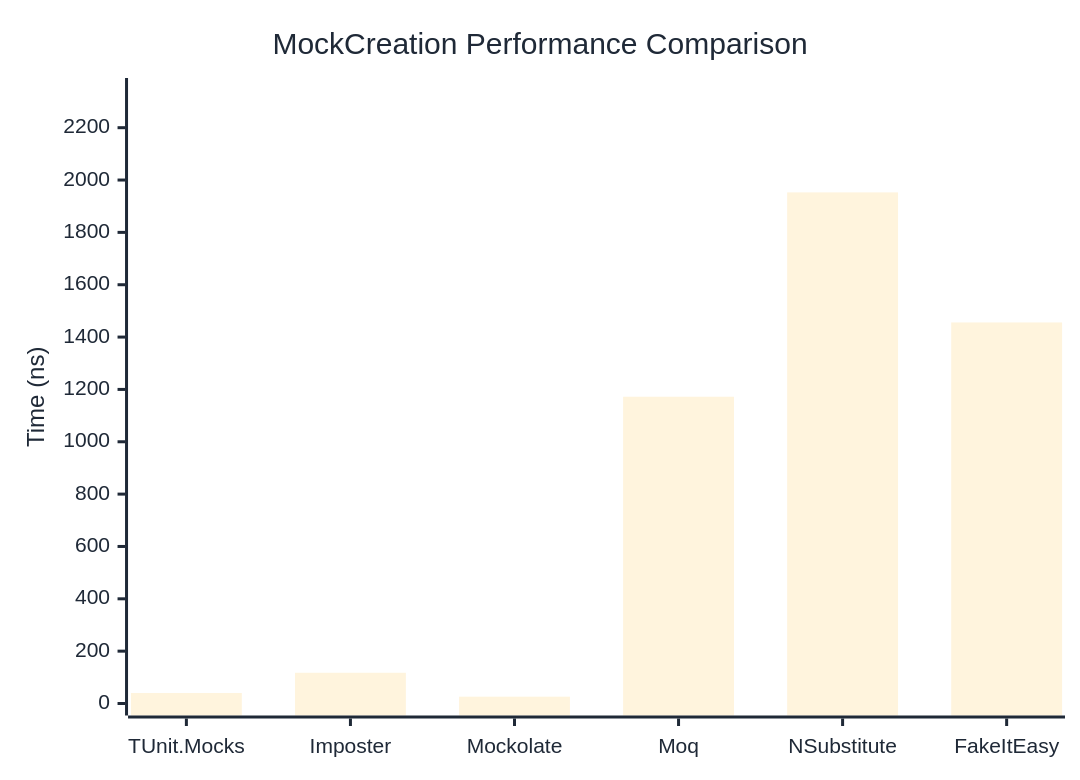
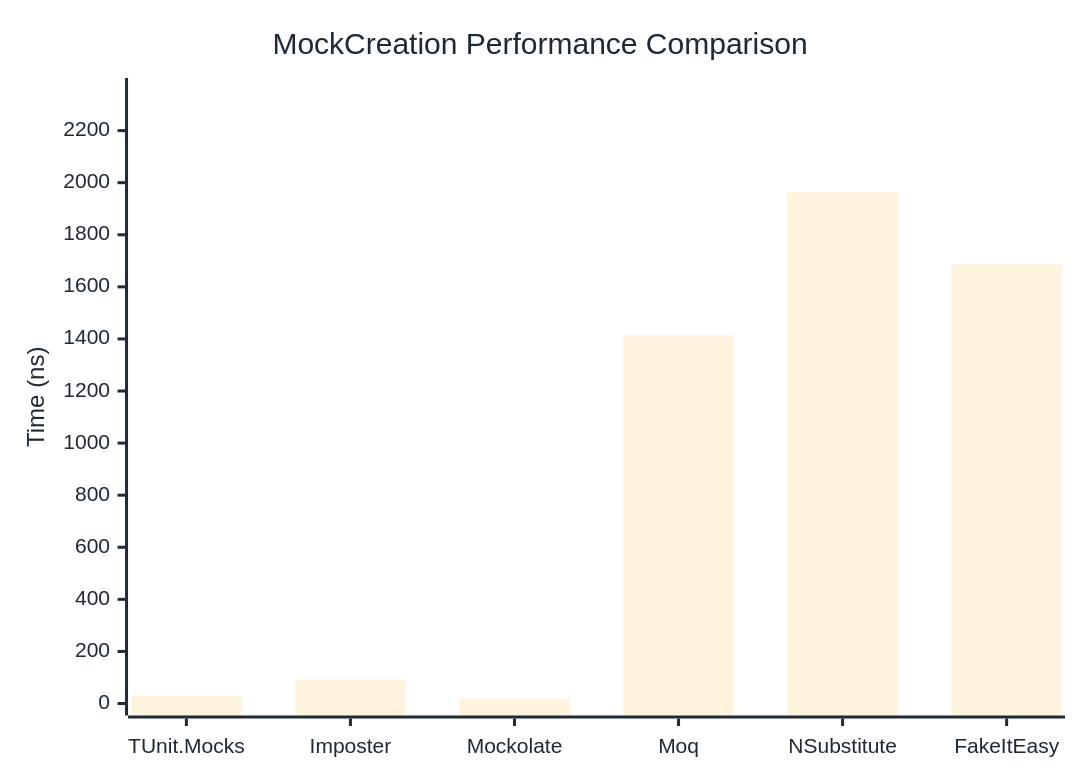
The first of 2 diagrams in docs/docs/benchmarks/mocks/MockCreation.md (thomhurst/TUnit), drawn with Mermaid before and after one commit. The commit also changed other lines of this file and 14 other files, not shown here.

````diff
--- a/docs/docs/benchmarks/mocks/MockCreation.md
+++ b/docs/docs/benchmarks/mocks/MockCreation.md
@@ -30,27 +30,27 @@
 ```mermaid
 %%{init: {
   'theme':'base',
   'themeVariables': {
     'primaryColor': '#2563eb',
     'primaryTextColor': '#1f2937',
     'primaryBorderColor': '#1e40af',
     'lineColor': '#6b7280',
     'secondaryColor': '#7c3aed',
     'tertiaryColor': '#dc2626',
     'background': '#ffffff',
     'pie1': '#2563eb',
     'pie2': '#7c3aed',
     'pie3': '#dc2626',
     'pie4': '#f59e0b',
     'pie5': '#10b981',
     'pie6': '#06b6d4',
     'pie7': '#ec4899',
     'pie8': '#6366f1'
   }
 }}%%
 xychart-beta
   title "MockCreation Performance Comparison"
   x-axis ["TUnit.Mocks", "Imposter", "Mockolate", "Moq", "NSubstitute", "FakeItEasy"]
-  y-axis "Time (ns)" 0 --> 2344
-  bar [40.18, 117.43, 26.03, 1172.03, 1952.8, 1455.93]
+  y-axis "Time (ns)" 0 --> 2356
+  bar [28.94, 92.32, 18.27, 1416.03, 1963.33, 1686.21]
 ```
````
